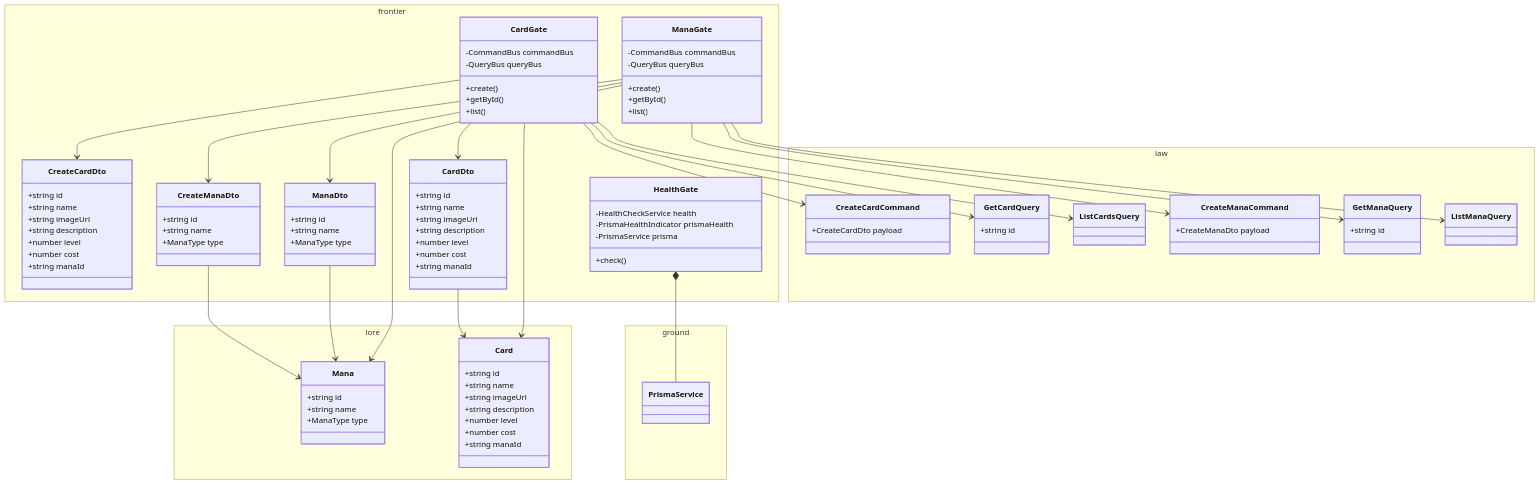
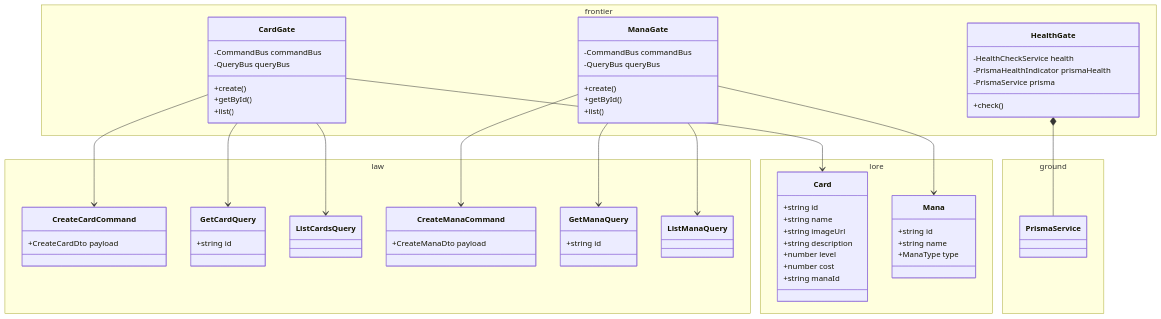
The first of 4 diagrams in realms/codex/README.md (pslotinsky/decay-of-magic), drawn with Mermaid before and after one commit. The commit also changed other lines of this file and 38 other files, not shown here.

````diff
--- a/realms/codex/README.md
+++ b/realms/codex/README.md
@@ -33,34 +33,6 @@
 ```mermaid
 classDiagram
   namespace frontier {
-    class CreateCardDto {
-      +string id
-      +string name
-      +string imageUrl
-      +string description
-      +number level
-      +number cost
-      +string manaId
-    }
-    class CreateManaDto {
-      +string id
-      +string name
-      +ManaType type
-    }
-    class CardDto {
-      +string id
-      +string name
-      +string imageUrl
-      +string description
-      +number level
-      +number cost
-      +string manaId
-    }
-    class ManaDto {
-      +string id
-      +string name
-      +ManaType type
-    }
     class CardGate {
       -CommandBus commandBus
       -QueryBus queryBus
@@ -82,22 +54,6 @@
       +list()
     }
   }
-  namespace lore {
-    class Mana {
-      +string id
-      +string name
-      +ManaType type
-    }
-    class Card {
-      +string id
-      +string name
-      +string imageUrl
-      +string description
-      +number level
-      +number cost
-      +string manaId
-    }
-  }
   namespace law {
     class CreateCardCommand {
       +CreateCardDto payload
@@ -114,22 +70,31 @@
     }
     class ListManaQuery
   }
+  namespace lore {
+    class Card {
+      +string id
+      +string name
+      +string imageUrl
+      +string description
+      +number level
+      +number cost
+      +string manaId
+    }
+    class Mana {
+      +string id
+      +string name
+      +ManaType type
+    }
+  }
   namespace ground {
     class PrismaService
   }
 
-  CreateManaDto --> Mana
-  CardDto --> Card
-  ManaDto --> Mana
-  CardGate --> CreateCardDto
-  CardGate --> CardDto
   CardGate --> CreateCardCommand
   CardGate --> GetCardQuery
   CardGate --> ListCardsQuery
   CardGate --> Card
   HealthGate *-- PrismaService
-  ManaGate --> CreateManaDto
-  ManaGate --> ManaDto
   ManaGate --> CreateManaCommand
   ManaGate --> GetManaQuery
   ManaGate --> ListManaQuery
````
